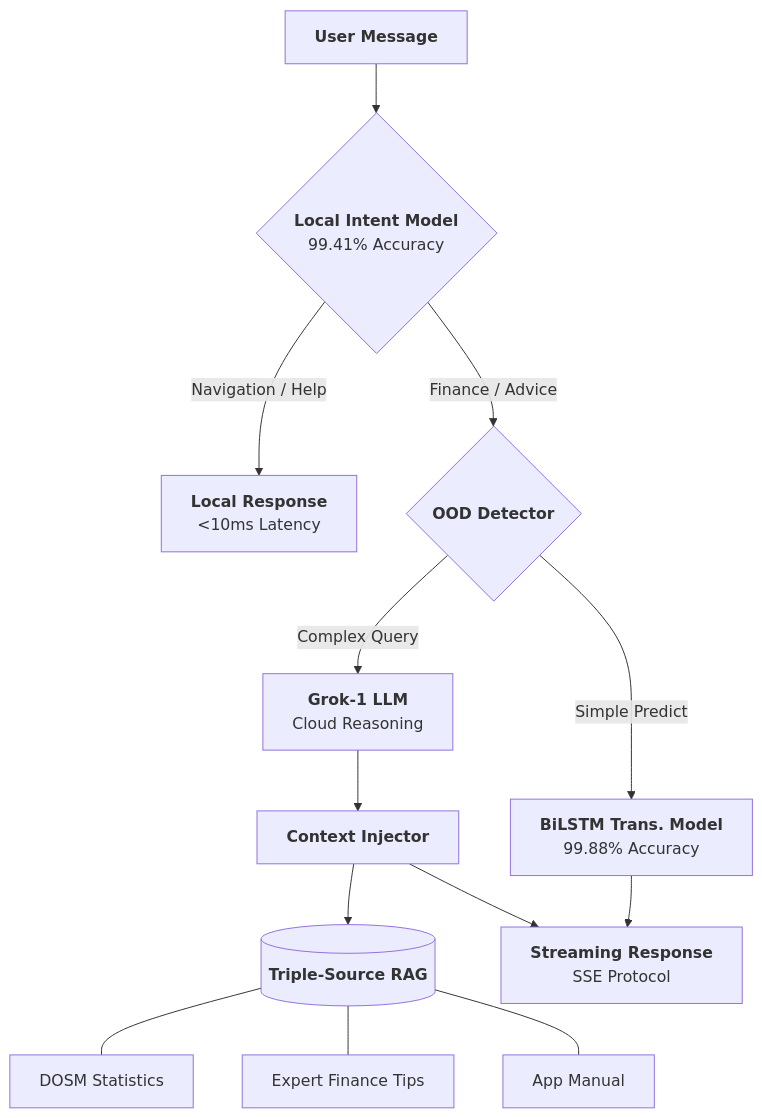
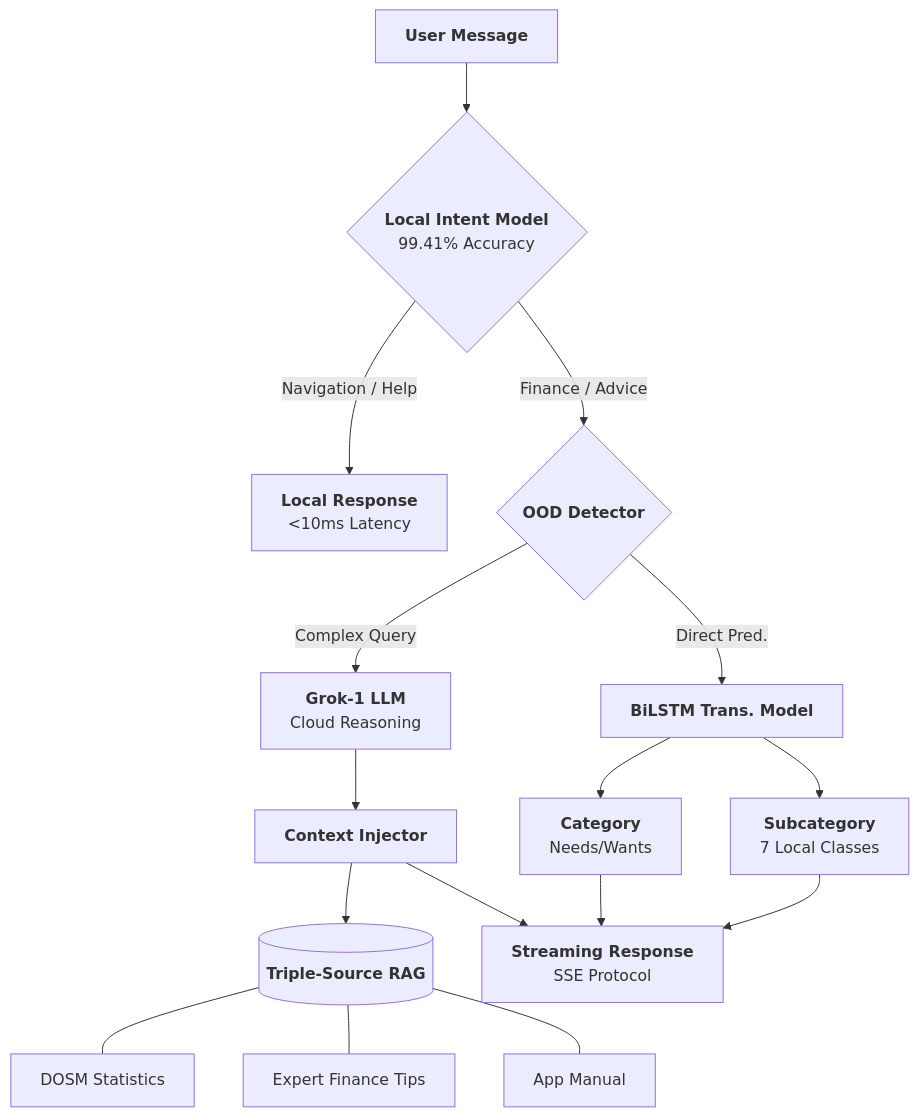
The diagram in README.md (izwanGit/beruang-server), drawn with Mermaid before and after one commit.

Commit message:
docs: Update architecture diagram to show dual-output (Category + Subcategory) flow

````diff
--- a/README.md
+++ b/README.md
@@ -28,14 +28,16 @@
 ```mermaid
 graph TD
     A[<b>User Message</b>] --> B{<b>Local Intent Model</b><br/>99.41% Accuracy}
     B -->|Navigation / Help| C[<b>Local Response</b><br/><10ms Latency]
     B -->|Finance / Advice| D{<b>OOD Detector</b>}
-    D -->|Simple Predict| E[<b>BiLSTM Trans. Model</b><br/>99.88% Accuracy]
+    D -->|Direct Pred.| E[<b>BiLSTM Trans. Model</b>]
+    E --> E1[<b>Category</b><br/>Needs/Wants]
+    E --> E2[<b>Subcategory</b><br/>7 Local Classes]
     D -->|Complex Query| F[<b>Grok-1 LLM</b><br/>Cloud Reasoning]
     F --> G[<b>Context Injector</b>]
     G --> H[(<b>Triple-Source RAG</b>)]
     H --- I[DOSM Statistics]
     H --- J[Expert Finance Tips]
     H --- K[App Manual]
-    G & E --> L[<b>Streaming Response</b><br/>SSE Protocol]
+    G & E1 & E2 --> L[<b>Streaming Response</b><br/>SSE Protocol]
 ```
````
